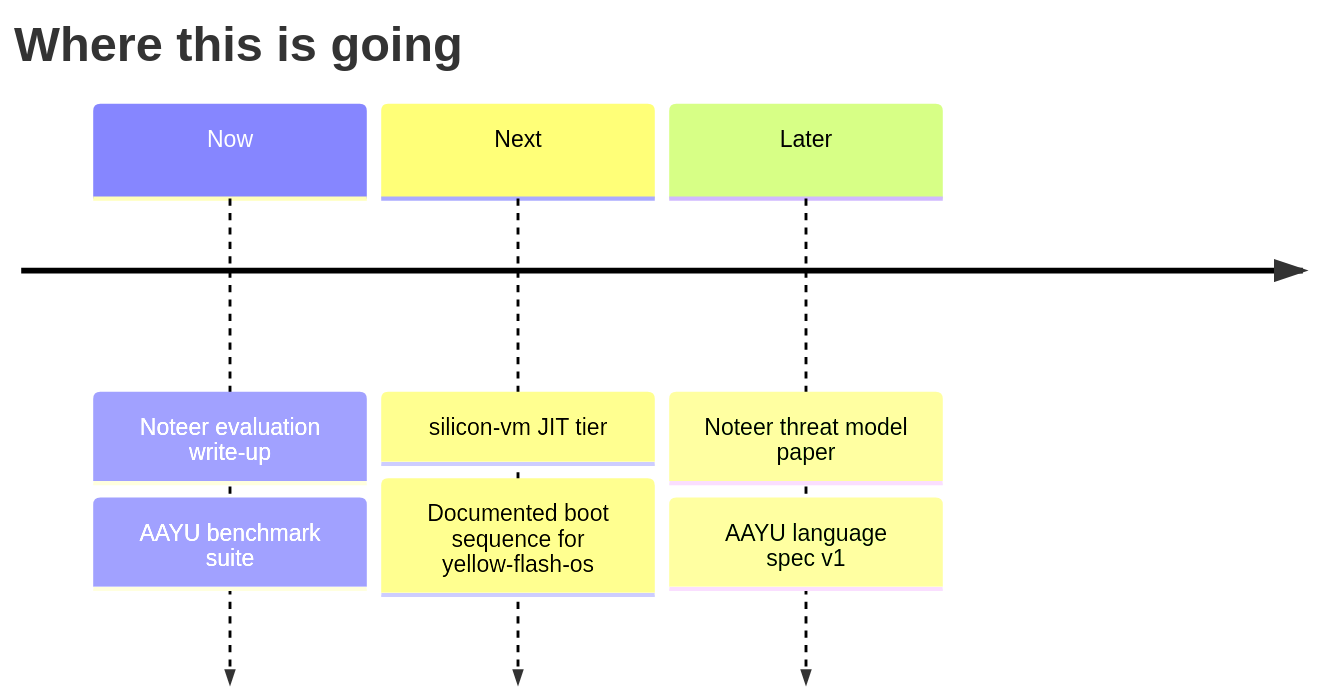
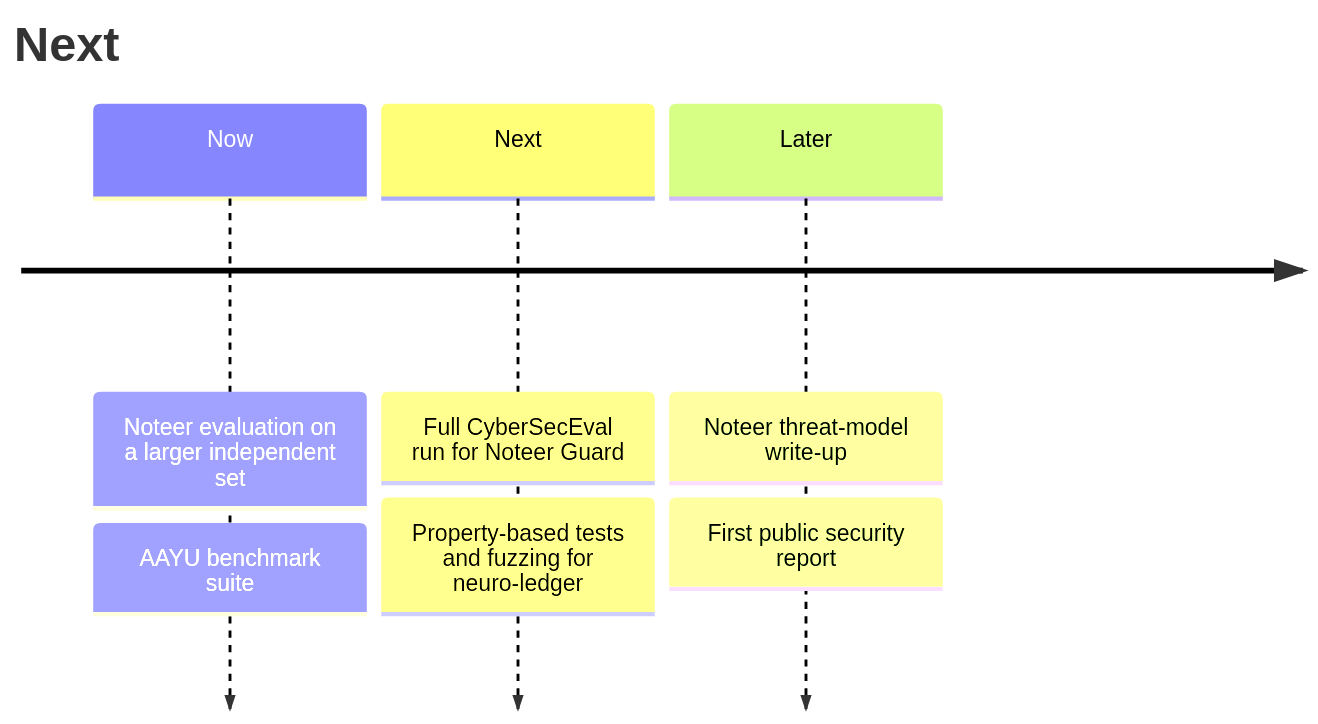
The fourth of 4 diagrams in README.md (Ghrit-igl/Ghrit-igl), drawn with Mermaid before and after one commit. The commit also changed other lines of this file, not shown here.

````diff
--- a/README.md
+++ b/README.md
@@ -207,7 +179,7 @@
 ```mermaid
 timeline
-    title Where this is going
-    Now : Noteer evaluation write-up : AAYU benchmark suite
-    Next : silicon-vm JIT tier : Documented boot sequence for yellow-flash-os
-    Later : Noteer threat model paper : AAYU language spec v1
+    title Next
+    Now : Noteer evaluation on a larger independent set : AAYU benchmark suite
+    Next : Full CyberSecEval run for Noteer Guard : Property-based tests and fuzzing for neuro-ledger
+    Later : Noteer threat-model write-up : First public security report
 ```
````
